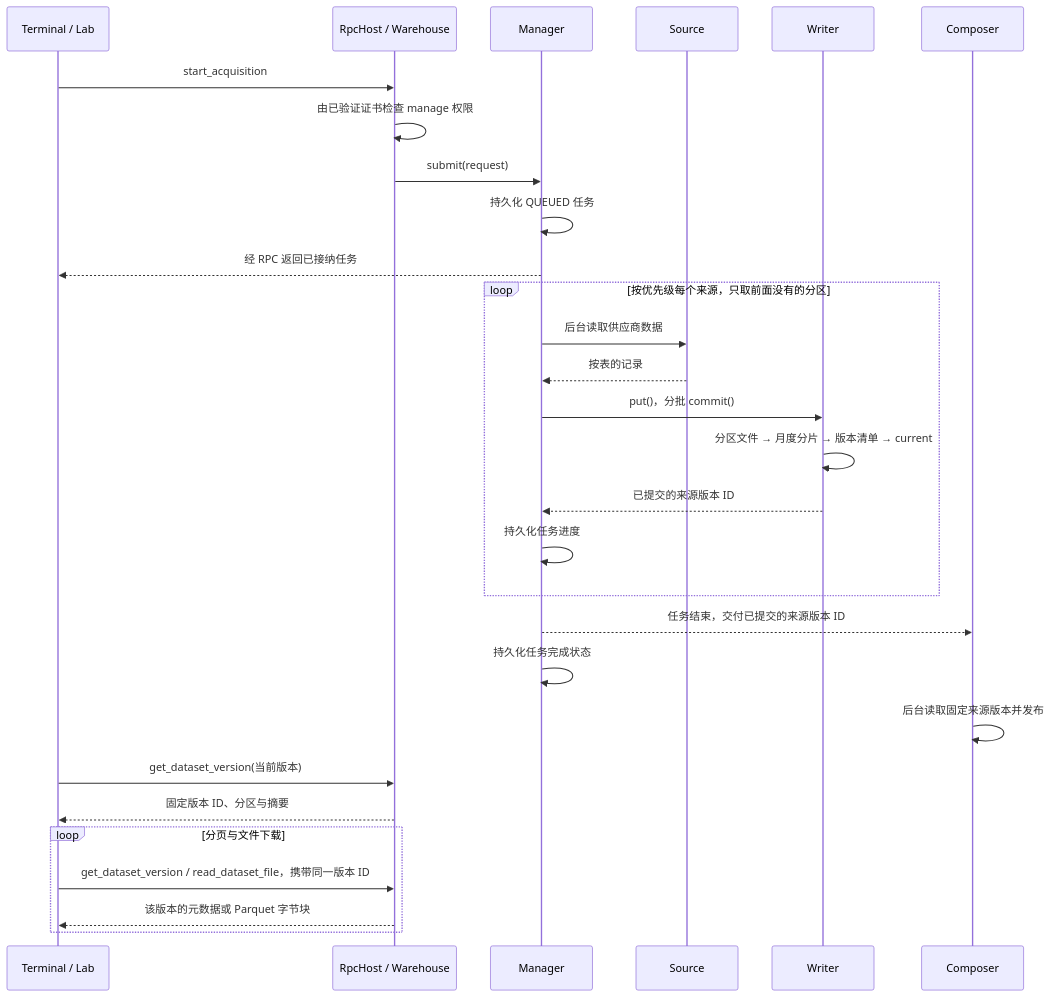
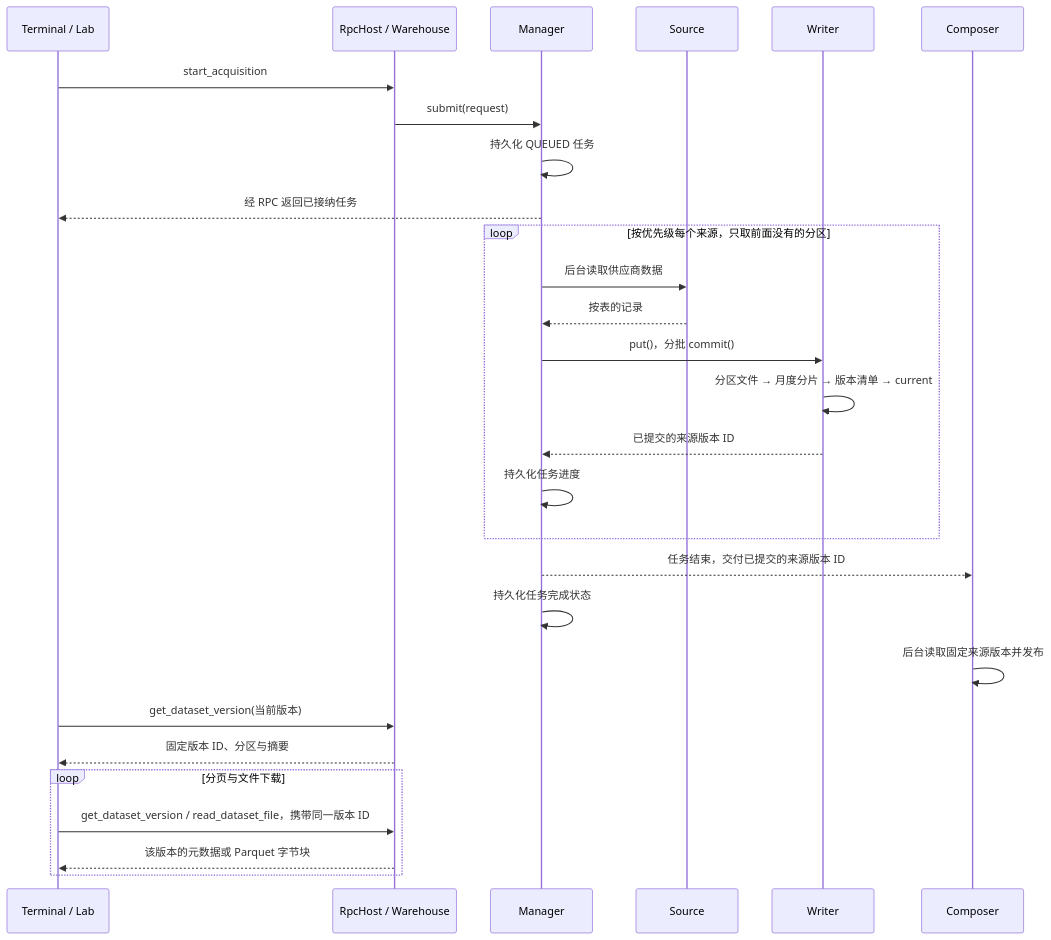
Before and after one commit to isqiwen/asterion-terminal: the third of 3 diagrams in docs/warehouse/architecture.md, drawn with Mermaid. The commit also changed other lines of this file and 36 other files, not shown here.

````diff
--- a/docs/warehouse/architecture.md
+++ b/docs/warehouse/architecture.md
@@ -82,31 +81,30 @@
 ```mermaid
 sequenceDiagram
     participant Client as Terminal / Lab
     participant RPC as RpcHost / Warehouse
     participant Manager
     participant Source
     participant Writer
     participant Research as Composer
     Client->>RPC: start_acquisition
-    RPC->>RPC: 由已验证证书检查 manage 权限
     RPC->>Manager: submit(request)
     Manager->>Manager: 持久化 QUEUED 任务
     Manager-->>Client: 经 RPC 返回已接纳任务
     loop 按优先级每个来源，只取前面没有的分区
         Manager->>Source: 后台读取供应商数据
         Source-->>Manager: 按表的记录
         Manager->>Writer: put()，分批 commit()
         Writer->>Writer: 分区文件 → 月度分片 → 版本清单 → current
         Writer-->>Manager: 已提交的来源版本 ID
         Manager->>Manager: 持久化任务进度
     end
     Manager-->>Research: 任务结束，交付已提交的来源版本 ID
     Manager->>Manager: 持久化任务完成状态
     Research->>Research: 后台读取固定来源版本并发布
     Client->>RPC: get_dataset_version(当前版本)
     RPC-->>Client: 固定版本 ID、分区与摘要
     loop 分页与文件下载
         Client->>RPC: get_dataset_version / read_dataset_file，携带同一版本 ID
         RPC-->>Client: 该版本的元数据或 Parquet 字节块
     end
 ```
````
